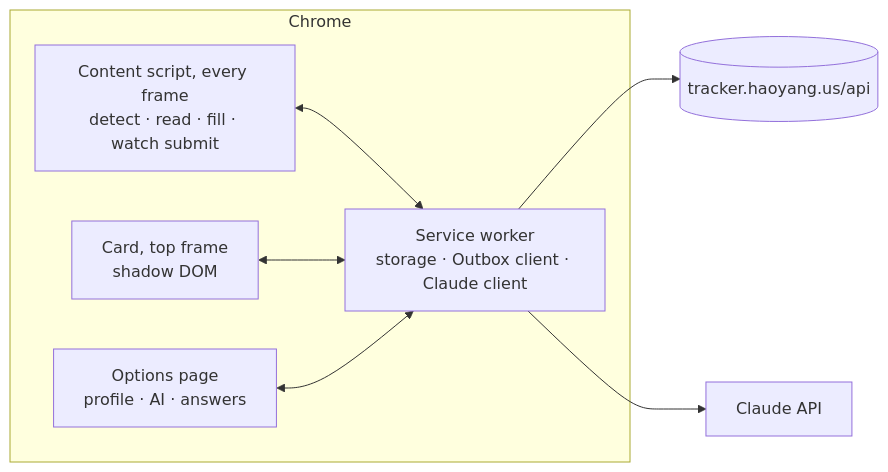
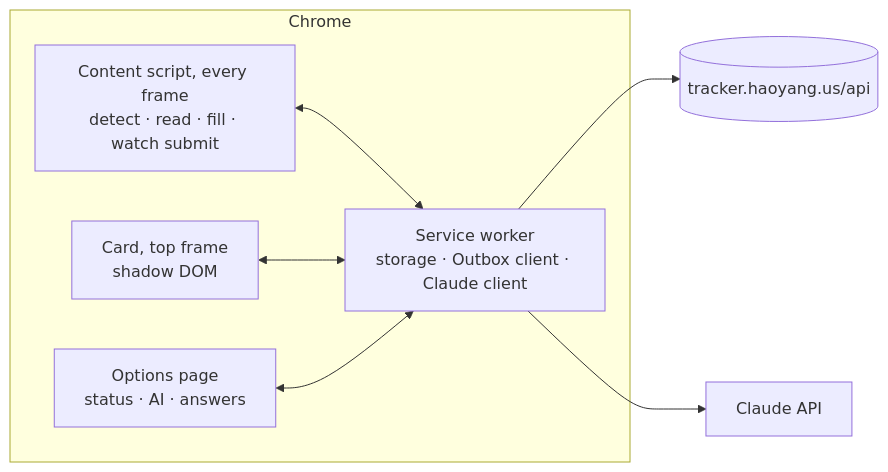
One commit to heyemlee/work-tracker changed the diagram in docs/autofill.md. Above: the diagram before and after it, drawn with Mermaid. The commit also changed other lines of this file and 9 other files, not shown here.

Commit message:
refactor: redesign options page status and streamline autofill card and documentation

````diff
--- a/docs/autofill.md
+++ b/docs/autofill.md
@@ -39,16 +47,16 @@
 ```mermaid
 flowchart LR
   subgraph chrome["Chrome"]
     cs["Content script, every frame<br/>detect · read · fill · watch submit"]
     card["Card, top frame<br/>shadow DOM"]
     bg["Service worker<br/>storage · Outbox client · Claude client"]
-    opts["Options page<br/>profile · AI · answers"]
+    opts["Options page<br/>status · AI · answers"]
   end
   outbox[("tracker.haoyang.us/api")]
   claude["Claude API"]
   cs <--> bg
   card <--> bg
   opts <--> bg
   bg --> outbox
   bg --> claude
 ```
````
